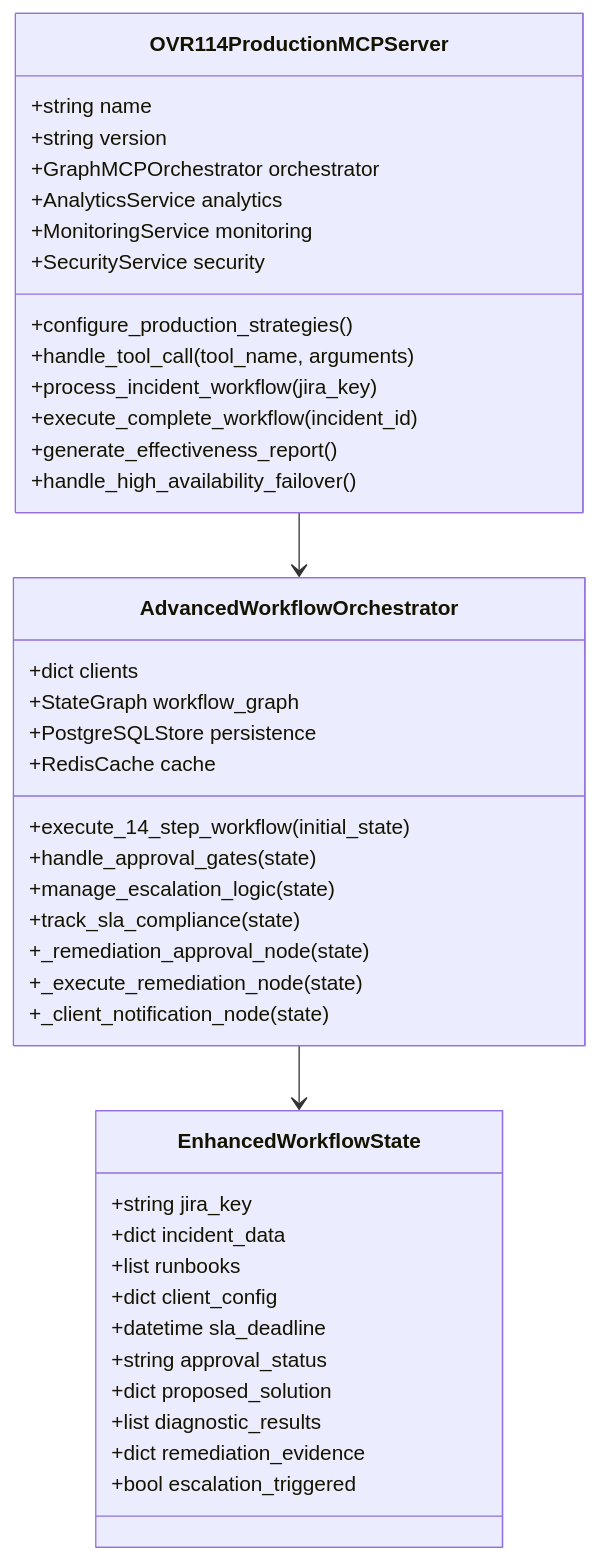
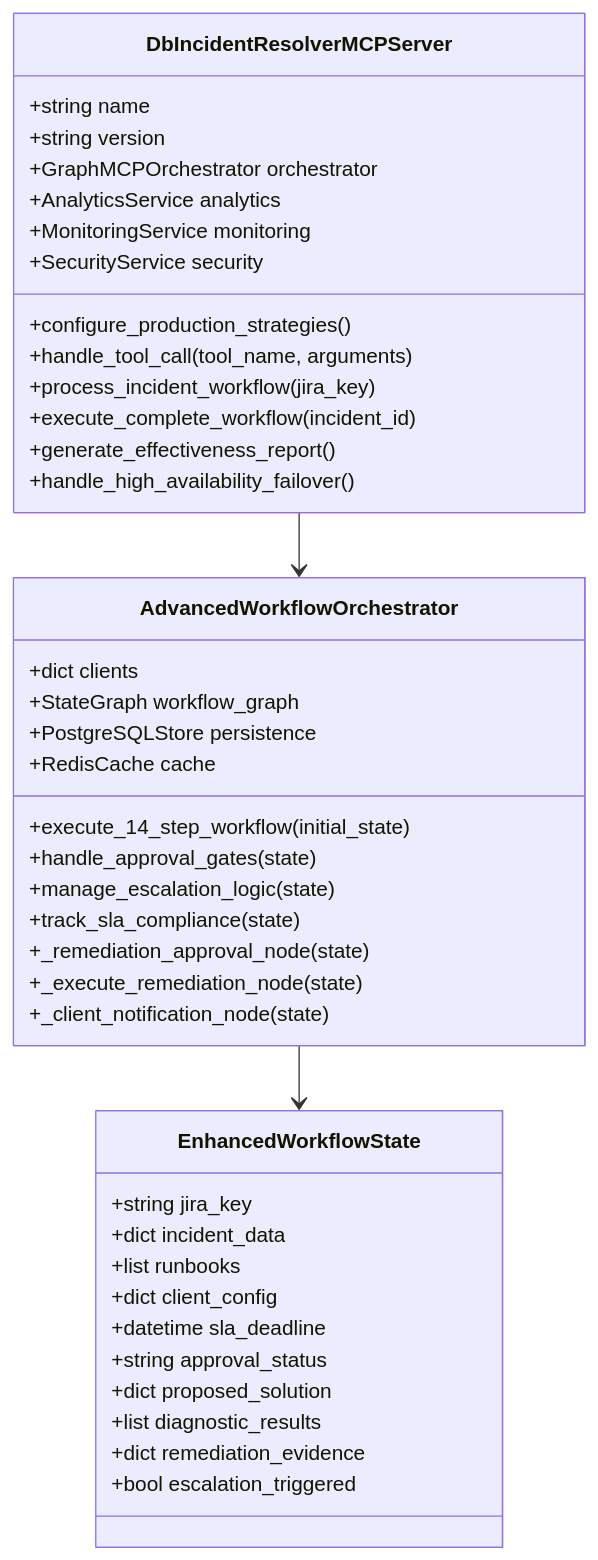
The sixth of 9 diagrams in diagrams.md (bprzybys-nc/db_use_case_144), drawn with Mermaid before and after one commit. The commit also changed other lines of this file and 1 other file, not shown here.

````diff
--- a/diagrams.md
+++ b/diagrams.md
@@ -201,47 +190,47 @@
 ```mermaid
 classDiagram
-    class OVR114ProductionMCPServer {
+    class DbIncidentResolverMCPServer {
         +string name
         +string version
         +GraphMCPOrchestrator orchestrator
         +AnalyticsService analytics
         +MonitoringService monitoring
         +SecurityService security
         +configure_production_strategies()
         +handle_tool_call(tool_name, arguments)
         +process_incident_workflow(jira_key)
         +execute_complete_workflow(incident_id)
         +generate_effectiveness_report()
         +handle_high_availability_failover()
     }
 
     class AdvancedWorkflowOrchestrator {
         +dict clients
         +StateGraph workflow_graph
         +PostgreSQLStore persistence
         +RedisCache cache
         +execute_14_step_workflow(initial_state)
         +handle_approval_gates(state)
         +manage_escalation_logic(state)
         +track_sla_compliance(state)
         +_remediation_approval_node(state)
         +_execute_remediation_node(state)
         +_client_notification_node(state)
     }
 
     class EnhancedWorkflowState {
         +string jira_key
         +dict incident_data
         +list runbooks
         +dict client_config
         +datetime sla_deadline
         +string approval_status
         +dict proposed_solution
         +list diagnostic_results
         +dict remediation_evidence
         +bool escalation_triggered
     }
 
-    OVR114ProductionMCPServer --> AdvancedWorkflowOrchestrator
+    DbIncidentResolverMCPServer --> AdvancedWorkflowOrchestrator
     AdvancedWorkflowOrchestrator --> EnhancedWorkflowState
 ```
````
